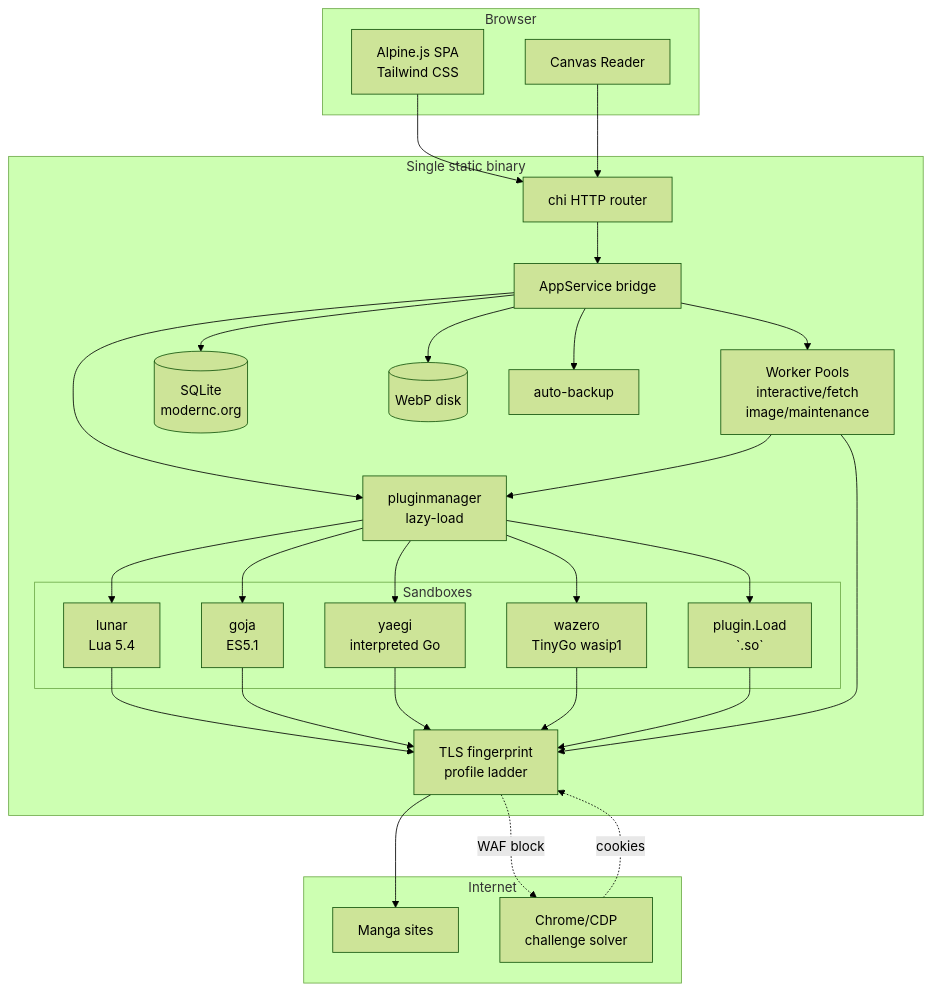
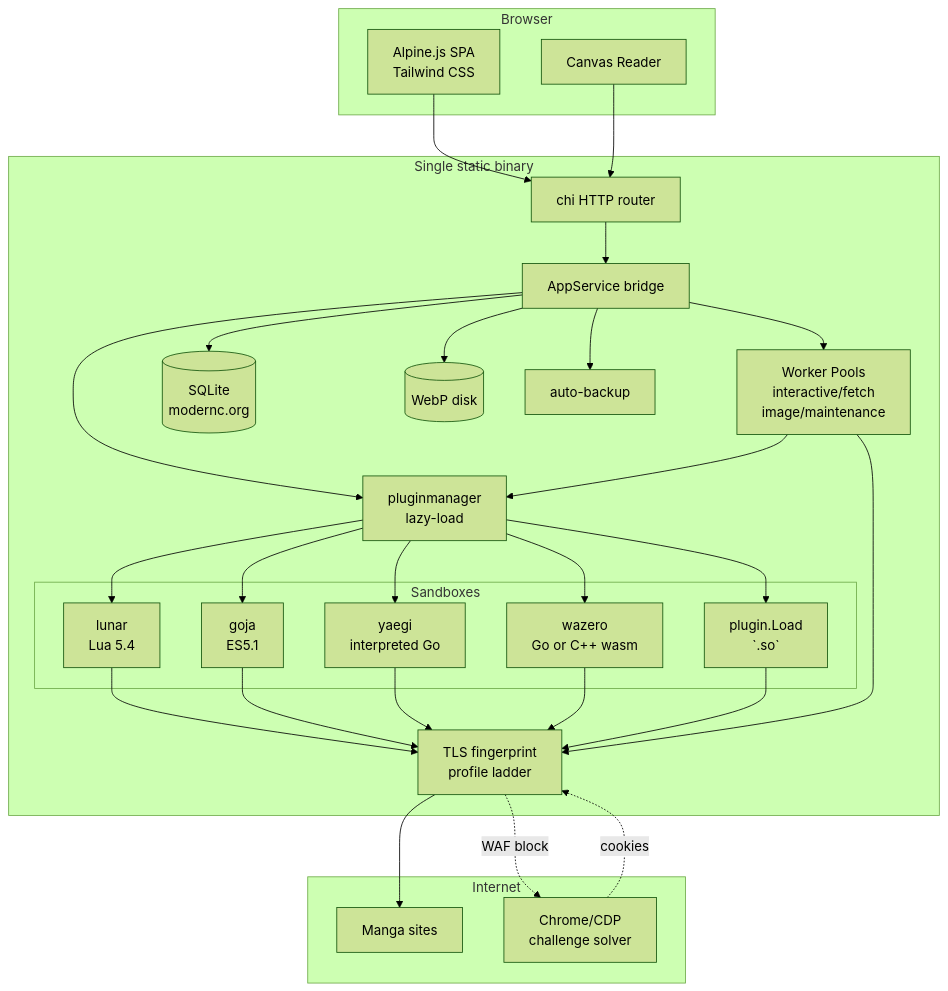
Before and after one commit to kenzanin/goIsekai: the first of 4 diagrams in README.md, drawn with Mermaid (forest theme). The commit also changed other lines of this file and 59 other files, not shown here.

````diff
--- a/README.md
+++ b/README.md
@@ -13,54 +13,54 @@
 ```mermaid
 flowchart TD
     subgraph Browser
         UI[Alpine.js SPA<br/>Tailwind CSS]
         Reader[Canvas Reader]
     end
 
     subgraph goIsekai[Single static binary]
         HTTP[chi HTTP router]
         Bridge[AppService bridge]
         PM[pluginmanager<br/>lazy-load]
         subgraph Sandboxes
             Lua[lunar<br/>Lua 5.4]
             JS[goja<br/>ES5.1]
             YG[yaegi<br/>interpreted Go]
-            WASM[wazero<br/>TinyGo wasip1]
+            WASM[wazero<br/>Go or C++ wasm]
             GO[plugin.Load<br/>`.so`]
         end
         HostNet[TLS fingerprint<br/>profile ladder]
         Workers[Worker Pools<br/>interactive/fetch<br/>image/maintenance]
         DB[(SQLite<br/>modernc.org)]
         Cache[(WebP disk)]
         Backup[auto-backup]
     end
 
     subgraph Internet
         Sites[Manga sites]
         CDP[Chrome/CDP<br/>challenge solver]
     end
 
     UI --> HTTP
     Reader --> HTTP
     HTTP --> Bridge
     Bridge --> PM
     PM --> Lua
     PM --> JS
     PM --> YG
     PM --> WASM
     PM --> GO
     Lua --> HostNet
     JS --> HostNet
     YG --> HostNet
     WASM --> HostNet
     GO --> HostNet
     HostNet --> Sites
     HostNet -.->|WAF block| CDP
     CDP -.->|cookies| HostNet
     Bridge --> Workers
     Workers --> PM
     Workers --> HostNet
     Bridge --> DB
     Bridge --> Cache
     Bridge --> Backup
 ```
````
